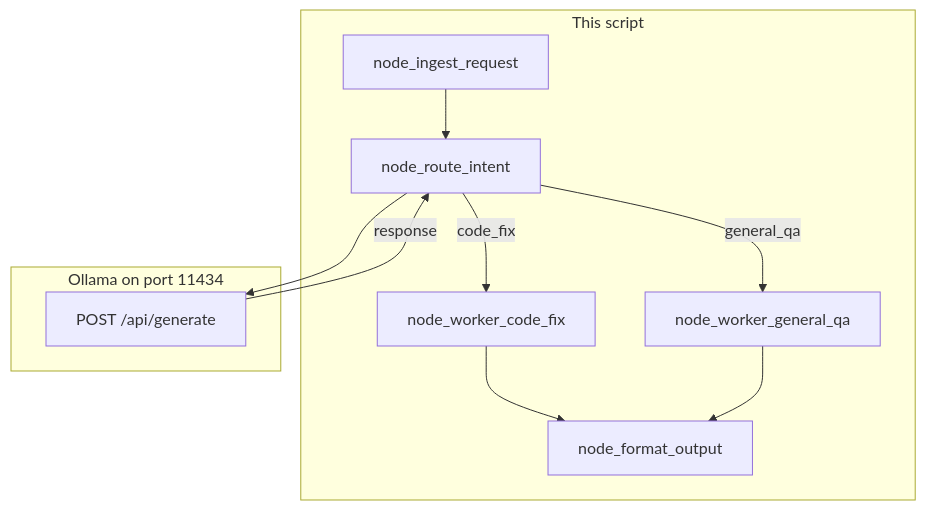
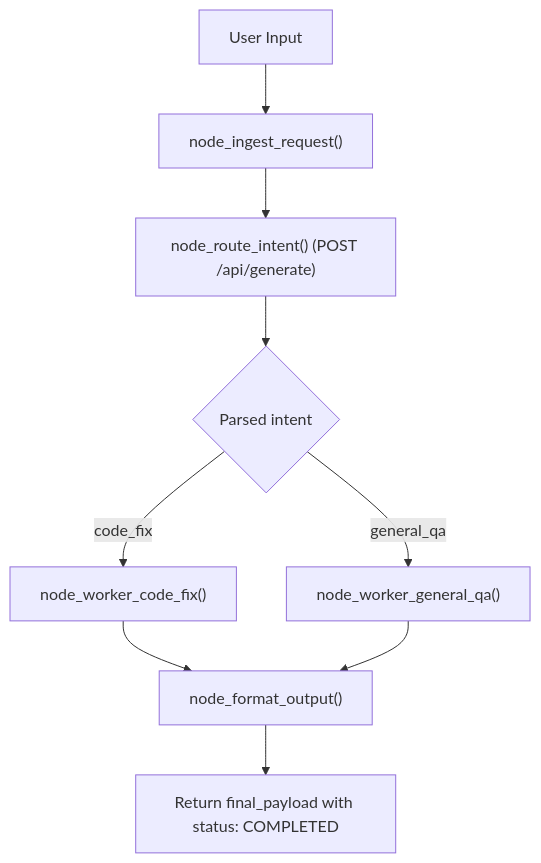
The diagram in education/10_the_workflow/lab1_dag_pipeline.md (jacobbweber/AgenticAI-Labs), drawn with Mermaid before and after one commit. The commit also changed other lines of this file and 123 other files, not shown here.

````diff
--- a/education/10_the_workflow/lab1_dag_pipeline.md
+++ b/education/10_the_workflow/lab1_dag_pipeline.md
@@ -15,20 +22,10 @@
 ```mermaid
 flowchart TD
-    subgraph lab1_dag_script [This script]
-        ING["node_ingest_request"]
-        RTE["node_route_intent"]
-        FIX["node_worker_code_fix"]
-        QA["node_worker_general_qa"]
-        FMT["node_format_output"]
-    end
-    subgraph lab1_dag_host [Ollama on port 11434]
-        GEN["POST /api/generate"]
-    end
-    ING --> RTE
-    RTE --> GEN
-    GEN -->|"response"| RTE
-    RTE -->|"code_fix"| FIX
-    RTE -->|"general_qa"| QA
-    FIX --> FMT
-    QA --> FMT
+    A["User Input"] --> B["node_ingest_request()"]
+    B --> C["node_route_intent() (POST /api/generate)"]
+    C --> D{"Parsed intent"}
+    D -->|"code_fix"| E["node_worker_code_fix()"]
+    D -->|"general_qa"| F["node_worker_general_qa()"]
+    E & F --> G["node_format_output()"]
+    G --> H["Return final_payload with status: COMPLETED"]
 ```
````
